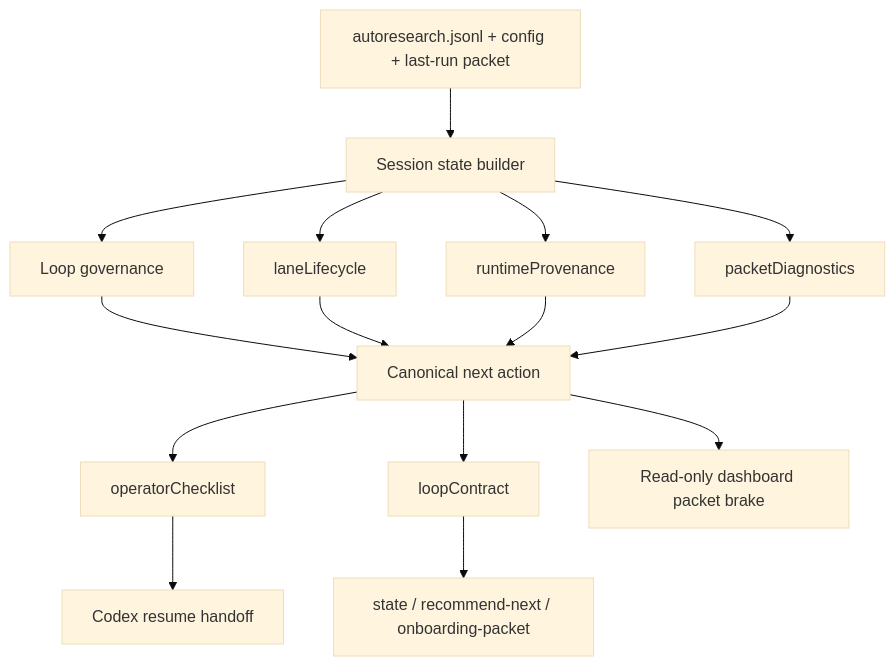
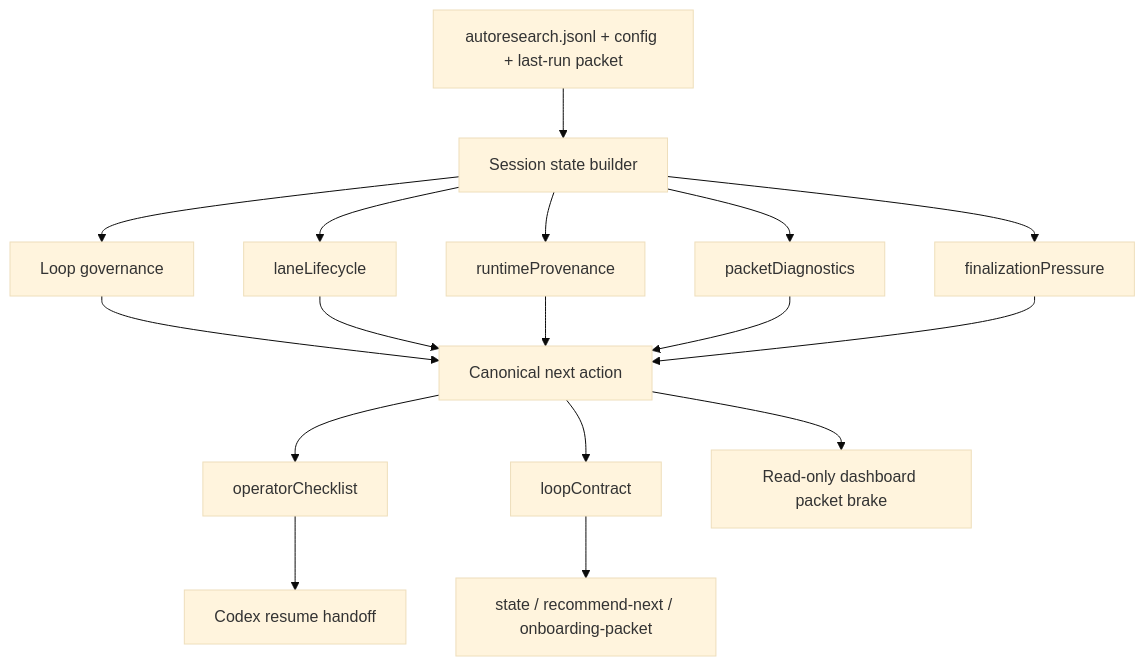
One commit to TheGreenCedar/codex-autoresearch changed the fourth of 8 diagrams in plugins/codex-autoresearch/docs/architecture.md. Above: the diagram before and after it, drawn with Mermaid (base theme). The commit also changed other lines of this file and 17 other files, not shown here.

````diff
--- a/plugins/codex-autoresearch/docs/architecture.md
+++ b/plugins/codex-autoresearch/docs/architecture.md
@@ -45,17 +70,19 @@
 ```mermaid
 flowchart TD
   Inputs["autoresearch.jsonl + config + last-run packet"] --> State["Session state builder"]
   State --> Governance["Loop governance"]
   State --> Lanes["laneLifecycle"]
   State --> Runtime["runtimeProvenance"]
   State --> Diagnostics["packetDiagnostics"]
+  State --> Pressure["finalizationPressure"]
   Governance --> Action["Canonical next action"]
   Lanes --> Action
   Runtime --> Action
   Diagnostics --> Action
+  Pressure --> Action
   Action --> Checklist["operatorChecklist"]
   Action --> Contract["loopContract"]
   Checklist --> Handoff["Codex resume handoff"]
   Contract --> Compact["state / recommend-next / onboarding-packet"]
   Action --> Dashboard["Read-only dashboard packet brake"]
 ```
````
